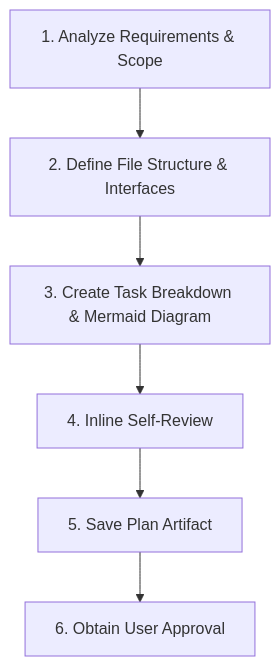
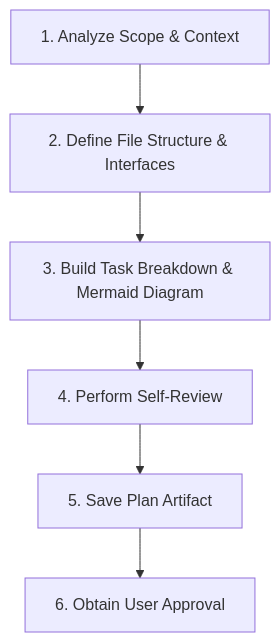
The diagram in skills/writing-plans/SKILL.md (MaiTheHao/c4f-opencode-config), drawn with Mermaid before and after one commit. The commit also changed other lines of this file and 7 other files, not shown here.

````diff
--- a/skills/writing-plans/SKILL.md
+++ b/skills/writing-plans/SKILL.md
@@ -18,8 +14,8 @@
 ```mermaid
 graph TD
-    A[1. Analyze Requirements & Scope] --> B[2. Define File Structure & Interfaces]
-    B --> C[3. Create Task Breakdown & Mermaid Diagram]
-    C --> D[4. Inline Self-Review]
+    A[1. Analyze Scope & Context] --> B[2. Define File Structure & Interfaces]
+    B --> C[3. Build Task Breakdown & Mermaid Diagram]
+    C --> D[4. Perform Self-Review]
     D --> E[5. Save Plan Artifact]
     E --> F[6. Obtain User Approval]
 ```
````
